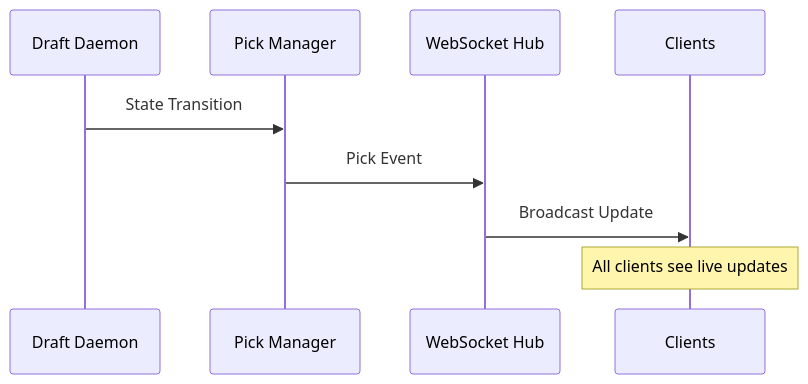
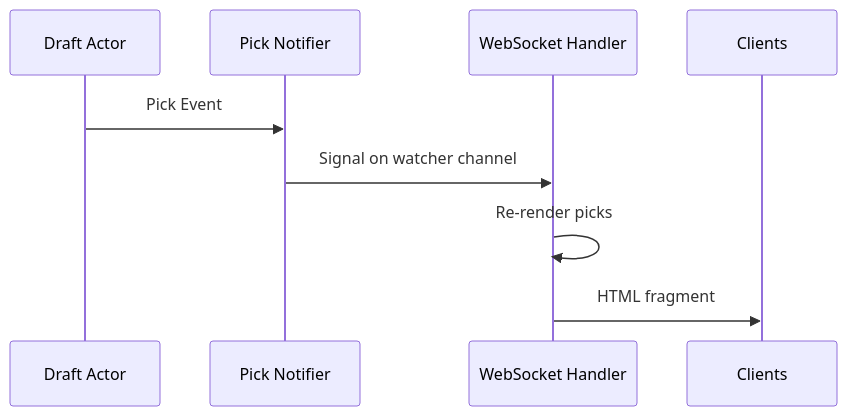
One commit to squirlemaster42/fantasy-frc-web changed the fifth of 5 diagrams in docs/business-logic/draft-states.md. Above: the diagram before and after it, drawn with Mermaid. The commit also changed other lines of this file and 28 other files, not shown here.

````diff
--- a/docs/business-logic/draft-states.md
+++ b/docs/business-logic/draft-states.md
@@ -256,13 +226,12 @@
 ```mermaid
 sequenceDiagram
-    participant D as Draft Daemon
-    participant P as Pick Manager
-    participant W as WebSocket Hub
+    participant D as Draft Actor
+    participant P as Pick Notifier
+    participant W as WebSocket Handler
     participant C as Clients
-    
-    D->>P: State Transition
-    P->>W: Pick Event
-    W->>C: Broadcast Update
-    
-    Note over C: All clients see live updates
+
+    D->>P: Pick Event
+    P->>W: Signal on watcher channel
+    W->>W: Re-render picks
+    W->>C: HTML fragment
 ```
````
